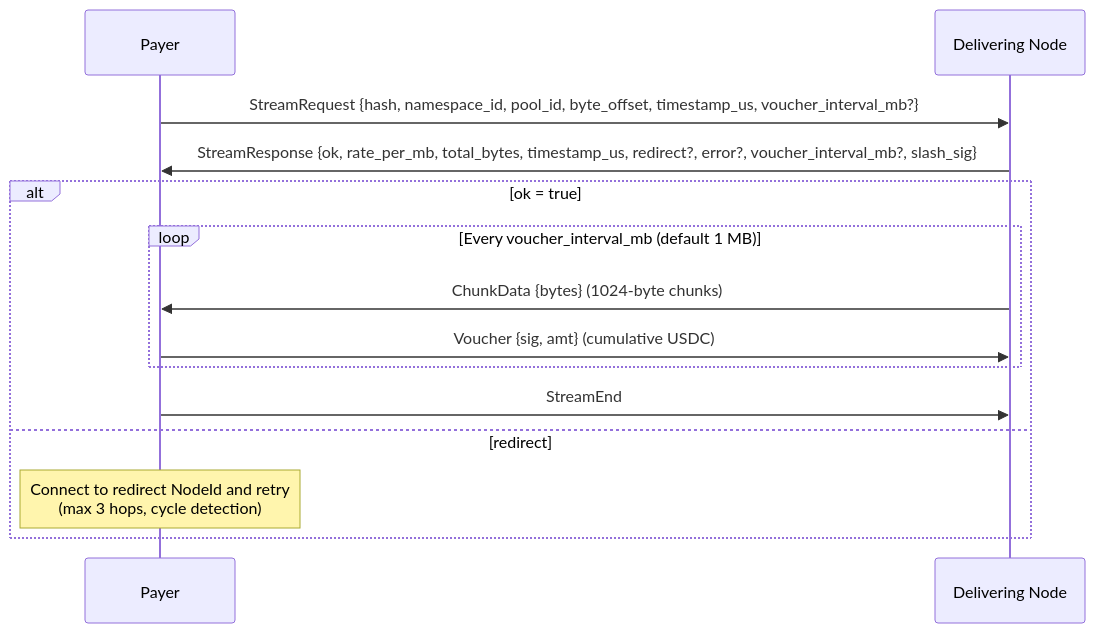
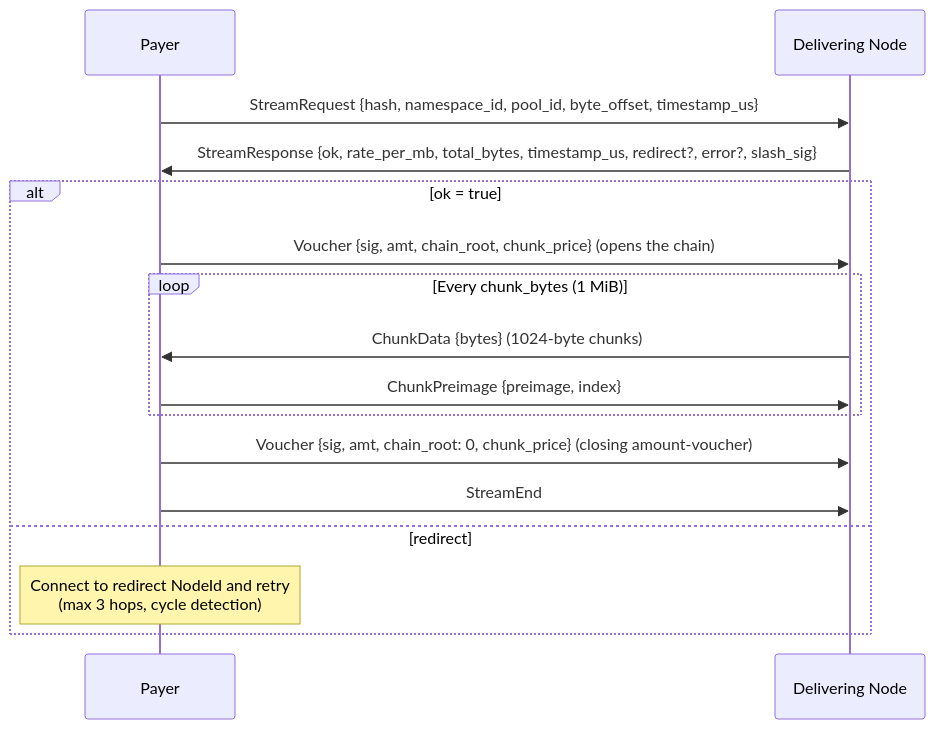
Before and after one commit to decdn/decdn: the second of 3 diagrams in adr/005-protocol.md, drawn with Mermaid. The commit also changed other lines of this file and 9 other files, not shown here.

````diff
--- a/adr/005-protocol.md
+++ b/adr/005-protocol.md
@@ -113,18 +113,20 @@
 ```mermaid
 sequenceDiagram
     participant P as Payer
     participant D as Delivering Node
 
-    P->>D: StreamRequest {hash, namespace_id, pool_id, byte_offset, timestamp_us, voucher_interval_mb?}
-    D->>P: StreamResponse {ok, rate_per_mb, total_bytes, timestamp_us, redirect?, error?, voucher_interval_mb?, slash_sig}
+    P->>D: StreamRequest {hash, namespace_id, pool_id, byte_offset, timestamp_us}
+    D->>P: StreamResponse {ok, rate_per_mb, total_bytes, timestamp_us, redirect?, error?, slash_sig}
 
     alt ok = true
-        loop Every voucher_interval_mb (default 1 MB)
+        P->>D: Voucher {sig, amt, chain_root, chunk_price} (opens the chain)
+        loop Every chunk_bytes (1 MiB)
             D->>P: ChunkData {bytes} (1024-byte chunks)
-            P->>D: Voucher {sig, amt} (cumulative USDC)
+            P->>D: ChunkPreimage {preimage, index}
         end
+        P->>D: Voucher {sig, amt, chain_root: 0, chunk_price} (closing amount-voucher)
         P->>D: StreamEnd
     else redirect
         Note over P: Connect to redirect NodeId and retry<br/>(max 3 hops, cycle detection)
     end
 ```
````
